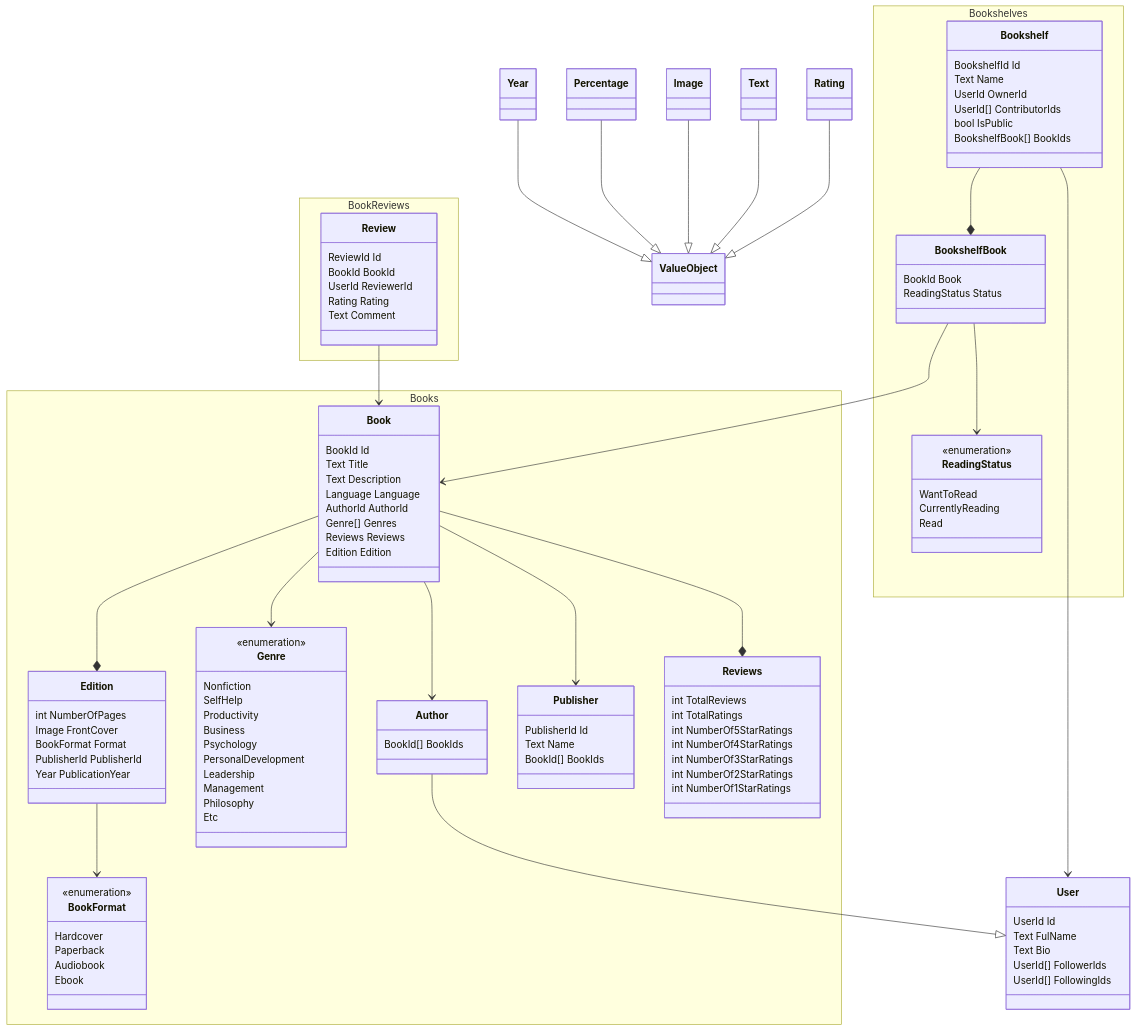
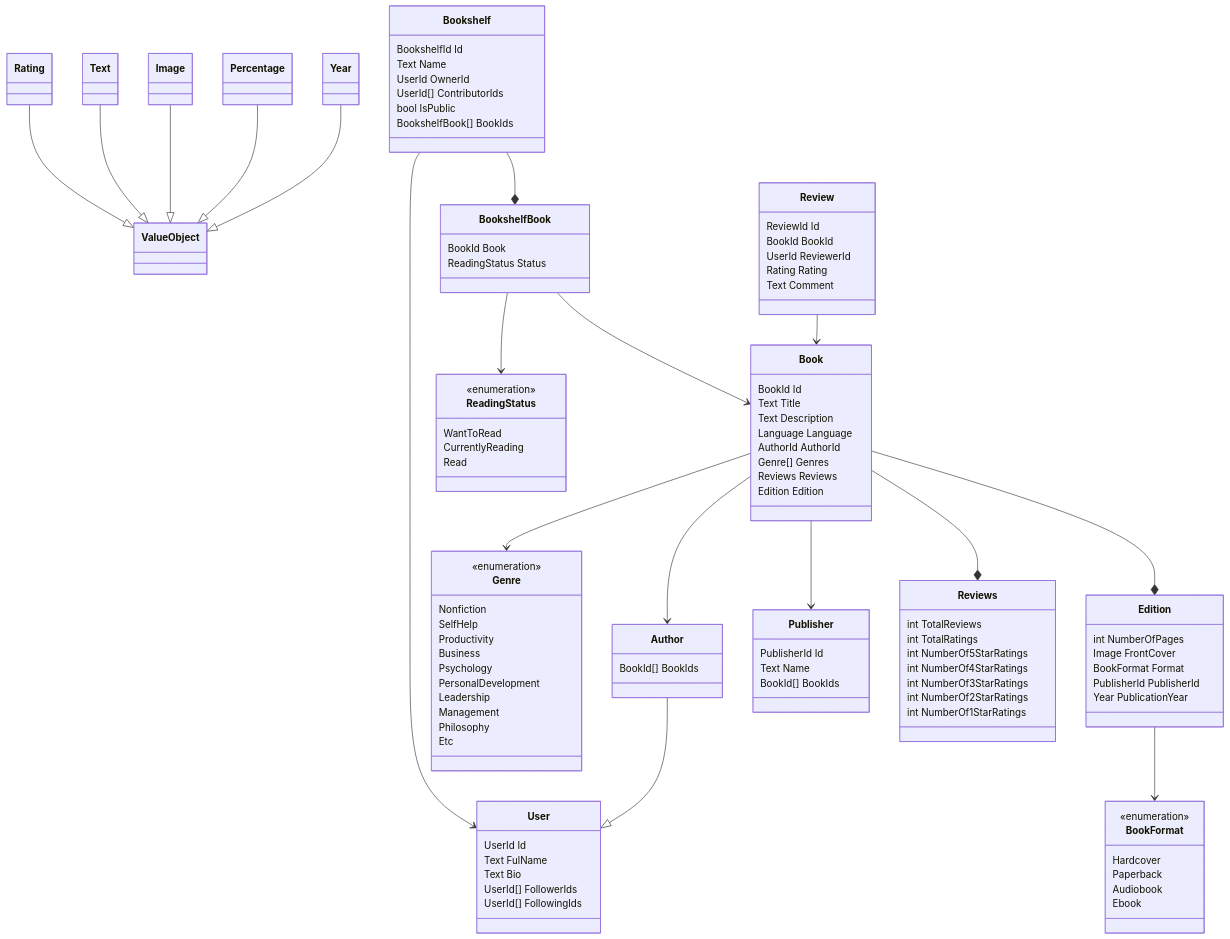
Before and after one commit to dejobratic/eudaimonia: the diagram in README.md, drawn with Mermaid.

Commit message:
updated mermaid diagram;

```diff
--- a/README.md
+++ b/README.md
@@ -27,7 +27,6 @@
     BookshelfBook --> ReadingStatus
     BookshelfBook --> Book
 
-    namespace Books {
         class Book {
             BookId Id
             Text Title
@@ -88,9 +87,7 @@
             Text Name
             BookId[] BookIds
         }        
-    }
  
-    namespace BookReviews {
         class Review {
             ReviewId Id
             BookId BookId
@@ -98,9 +95,7 @@
             Rating Rating
             Text Comment
         }
-    }
 
-    namespace Bookshelves {
         class Bookshelf {
             BookshelfId Id
             Text Name
@@ -121,7 +116,6 @@
             CurrentlyReading
             Read
         }
-    }
 
   class User {
     UserId Id
```
